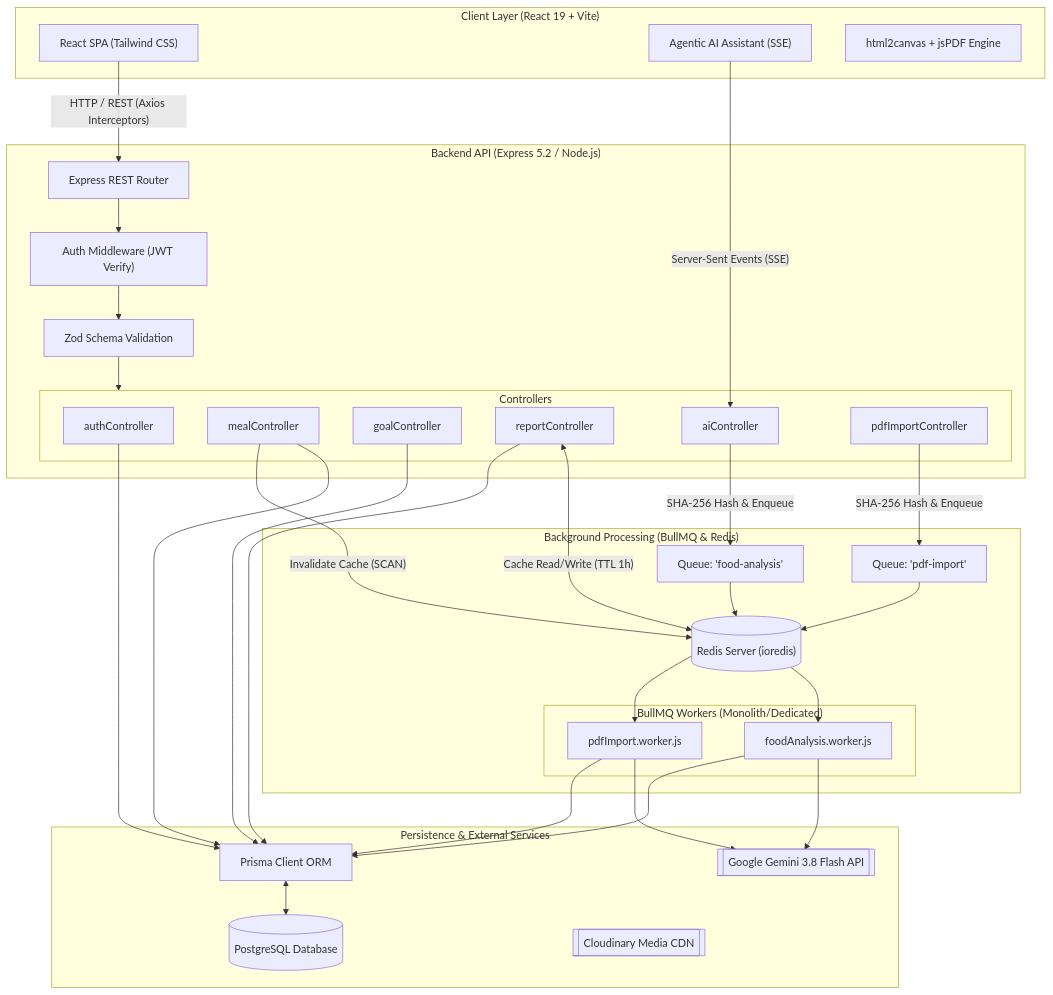
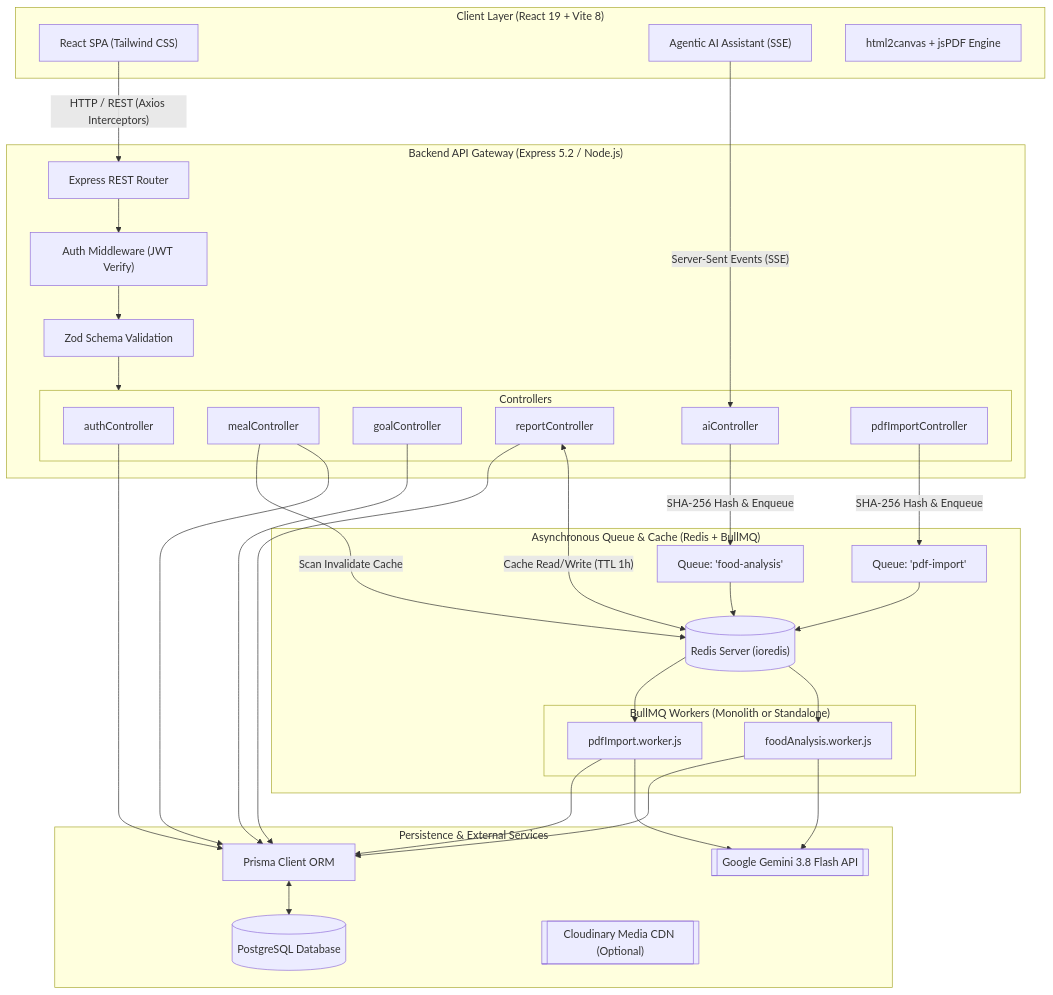
One commit to sauraviiitk/-calorie-tracker- changed the first of 5 diagrams in README.md. Above: the diagram before and after it, drawn with Mermaid. The commit also changed other lines of this file, not shown here.

````diff
--- a/README.md
+++ b/README.md
@@ -102,68 +51,68 @@
 ```mermaid
 flowchart TB
     %% Client Layer
-    subgraph ClientLayer ["Client Layer (React 19 + Vite)"]
+    subgraph ClientLayer ["Client Layer (React 19 + Vite 8)"]
         SPA["React SPA (Tailwind CSS)"]
         ChatFAB["Agentic AI Assistant (SSE)"]
         PDFGen["html2canvas + jsPDF Engine"]
     end
 
     %% API Gateway Layer
-    subgraph APILayer ["Backend API (Express 5.2 / Node.js)"]
+    subgraph APILayer ["Backend API Gateway (Express 5.2 / Node.js)"]
         Router["Express REST Router"]
         AuthMid["Auth Middleware (JWT Verify)"]
         ZodVal["Zod Schema Validation"]
         
         subgraph Controllers ["Controllers"]
             AuthC["authController"]
             MealC["mealController"]
             GoalC["goalController"]
             ReportC["reportController"]
             AIC["aiController"]
             PDFC["pdfImportController"]
         end
     end
 
     %% Asynchronous Processing Layer
-    subgraph QueueLayer ["Background Processing (BullMQ & Redis)"]
+    subgraph QueueLayer ["Asynchronous Queue & Cache (Redis + BullMQ)"]
         RedisQ[("Redis Server (ioredis)")]
         FoodQ["Queue: 'food-analysis'"]
         DocQ["Queue: 'pdf-import'"]
         
-        subgraph Workers ["BullMQ Workers (Monolith/Dedicated)"]
+        subgraph Workers ["BullMQ Workers (Monolith or Standalone)"]
             FoodWorker["foodAnalysis.worker.js"]
             DocWorker["pdfImport.worker.js"]
         end
     end
 
     %% External & Persistence Layer
     subgraph PersistenceLayer ["Persistence & External Services"]
         PrismaORM["Prisma Client ORM"]
         Postgres[("PostgreSQL Database")]
         GeminiAPI[["Google Gemini 3.8 Flash API"]]
-        CloudinaryCDN[["Cloudinary Media CDN"]]
+        CloudinaryCDN[["Cloudinary Media CDN (Optional)"]]
     end
 
-    %% Connections
+    %% Interconnects
     SPA -- "HTTP / REST (Axios Interceptors)" --> Router
     ChatFAB -- "Server-Sent Events (SSE)" --> AIC
     Router --> AuthMid --> ZodVal
     ZodVal --> Controllers
     
     %% Synchronous Paths
     AuthC & MealC & GoalC --> PrismaORM
     ReportC <--> |"Cache Read/Write (TTL 1h)"| RedisQ
     ReportC --> PrismaORM
     PrismaORM <--> Postgres
     
     %% Async Job Pipeline
     AIC -- "SHA-256 Hash & Enqueue" --> FoodQ
     PDFC -- "SHA-256 Hash & Enqueue" --> DocQ
     FoodQ & DocQ --> RedisQ
     RedisQ --> FoodWorker & DocWorker
     
     %% Workers to Services
     FoodWorker & DocWorker --> GeminiAPI
     FoodWorker & DocWorker --> PrismaORM
-    MealC -- "Invalidate Cache (SCAN)" --> RedisQ
+    MealC -- "Scan Invalidate Cache" --> RedisQ
 ```
````
